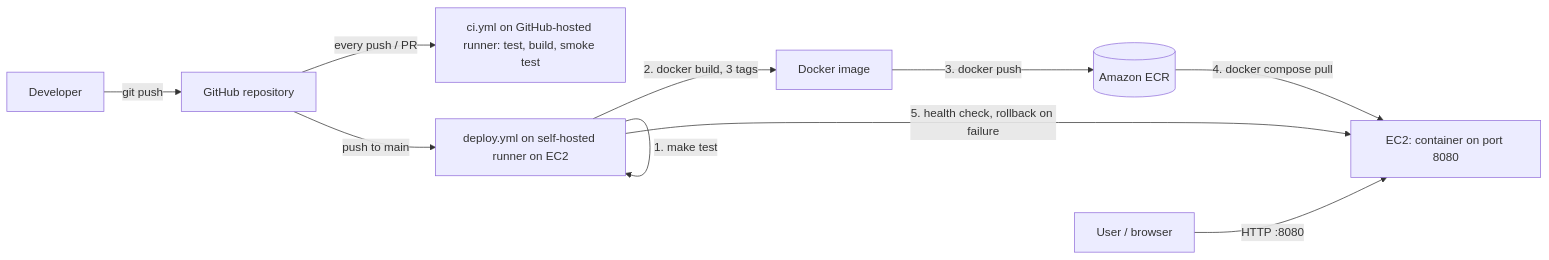
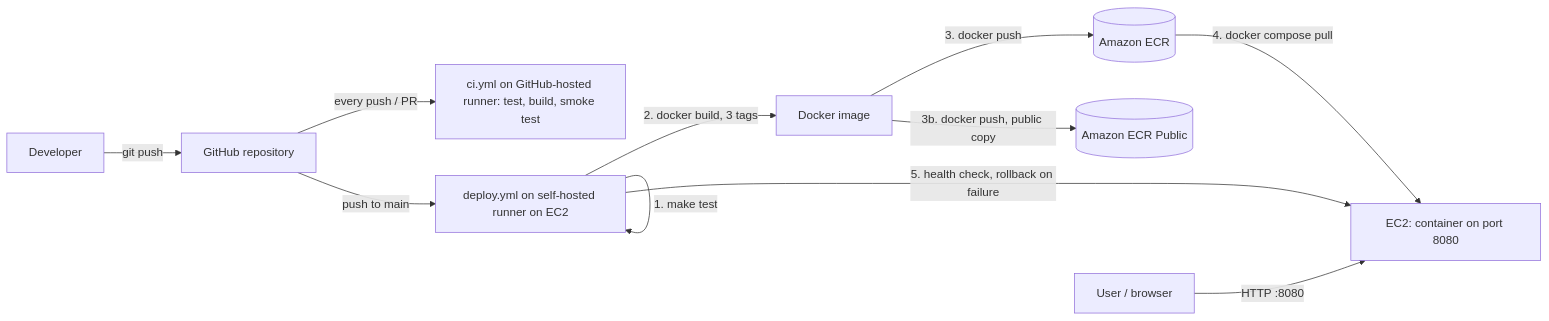
One commit to mhkhanBTech/devops-intern-task changed the diagram in README.md. Above: the diagram before and after it, drawn with Mermaid. The commit also changed other lines of this file, not shown here.

Commit message:
docs: add public image links, ECR Public step and ECR rows note

````diff
--- a/README.md
+++ b/README.md
@@ -156,12 +155,13 @@
 ```mermaid
 flowchart LR
     Dev[Developer] -->|git push| GH[GitHub repository]
     GH -->|every push / PR| CI[ci.yml on GitHub-hosted runner: test, build, smoke test]
     GH -->|push to main| RUN[deploy.yml on self-hosted runner on EC2]
     RUN -->|1. make test| RUN
     RUN -->|2. docker build, 3 tags| IMG[Docker image]
     IMG -->|3. docker push| ECR[(Amazon ECR)]
+    IMG -->|3b. docker push, public copy| PUB[(Amazon ECR Public)]
     ECR -->|4. docker compose pull| EC2[EC2: container on port 8080]
     RUN -->|5. health check, rollback on failure| EC2
     User[User / browser] -->|HTTP :8080| EC2
 ```
````
